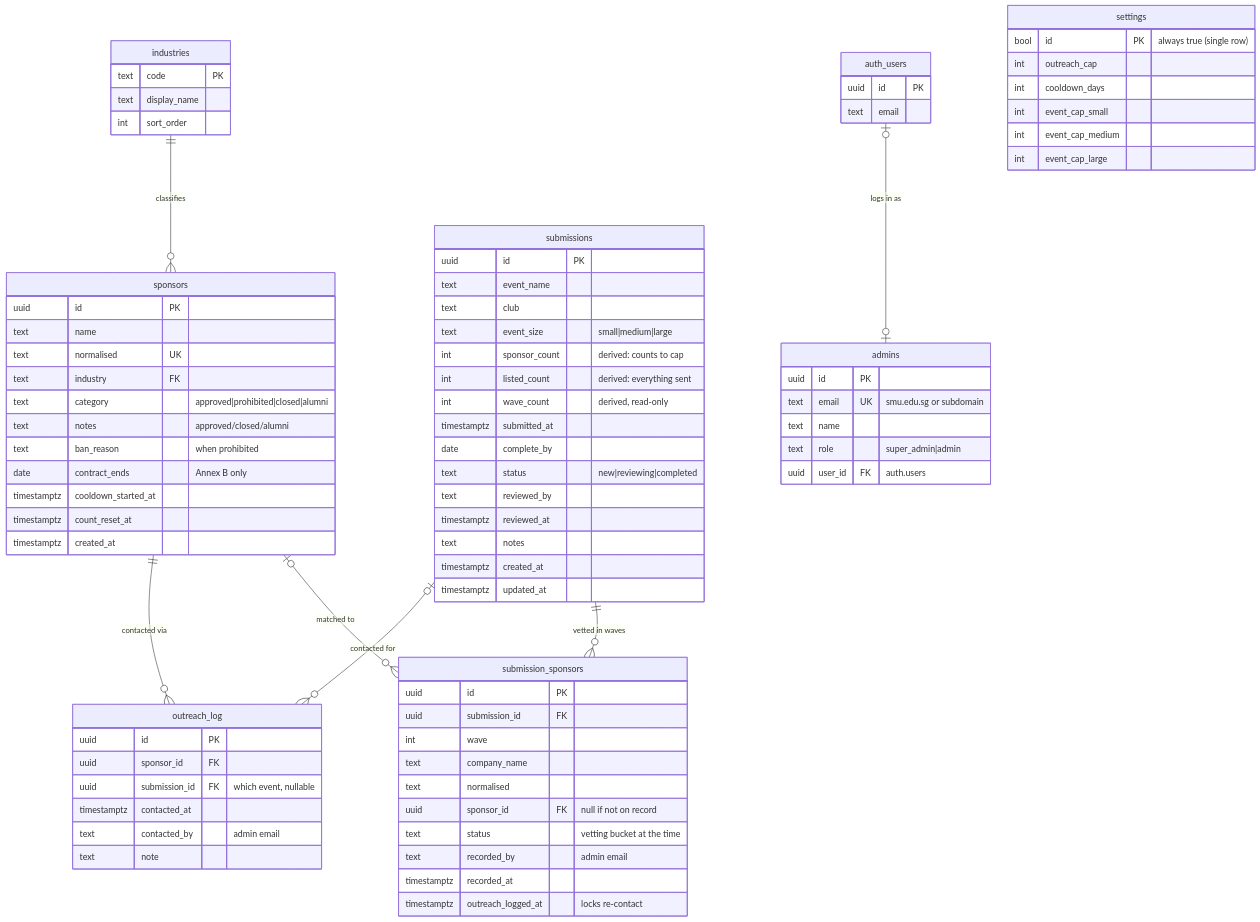
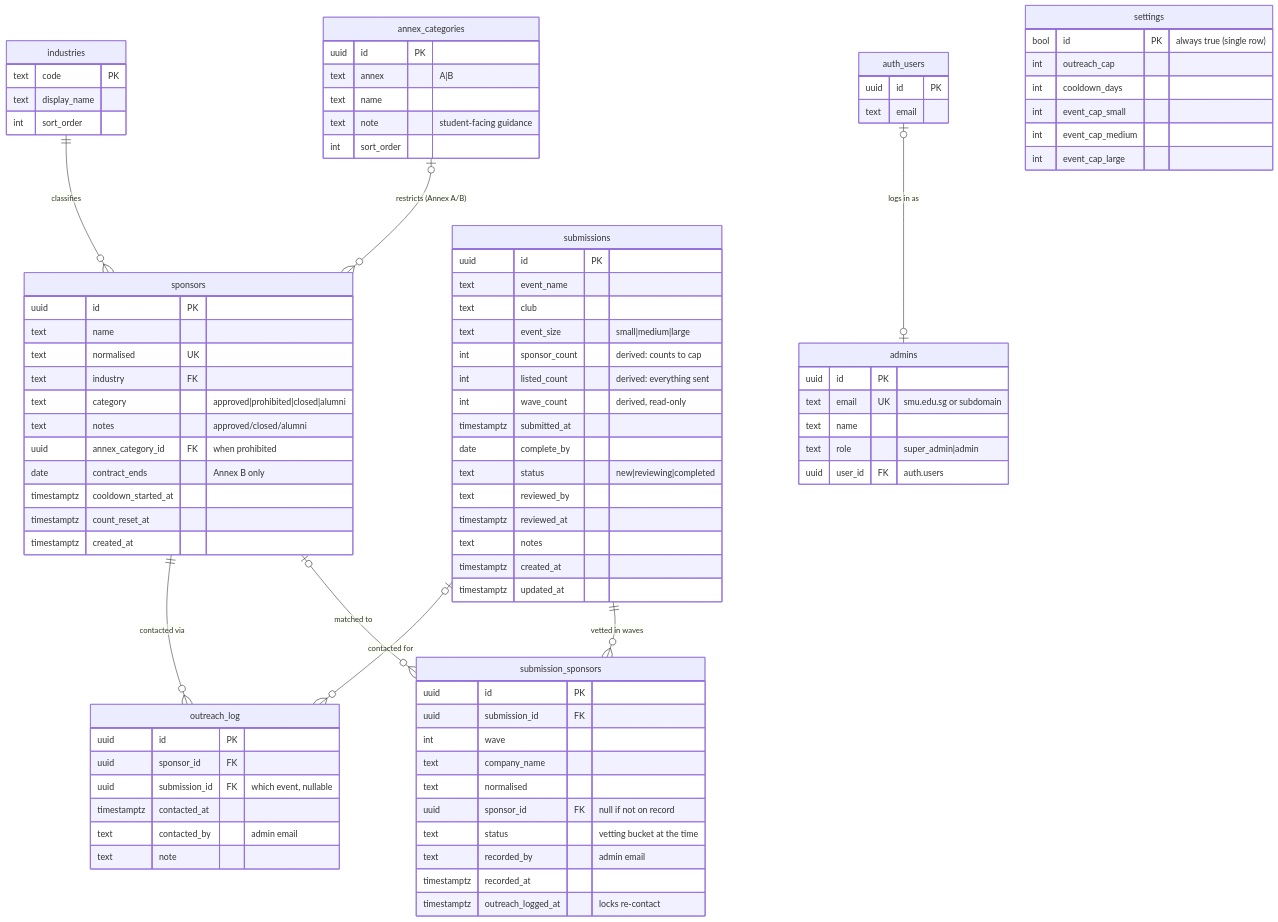
The diagram in supabase/DATABASE_GUIDE.md (triciaaleee/BIZCOM-SponsorCheck), drawn with Mermaid before and after one commit. The commit also changed other lines of this file and 17 other files, not shown here.

````diff
--- a/supabase/DATABASE_GUIDE.md
+++ b/supabase/DATABASE_GUIDE.md
@@ -217,6 +234,7 @@
 ```mermaid
 erDiagram
     industries  ||--o{ sponsors            : classifies
+    annex_categories |o--o{ sponsors      : "restricts (Annex A/B)"
     sponsors    ||--o{ outreach_log        : "contacted via"
     submissions |o--o{ outreach_log        : "contacted for"
     submissions ||--o{ submission_sponsors : "vetted in waves"
@@ -228,6 +246,13 @@
         text display_name
         int  sort_order
     }
+    annex_categories {
+        uuid id PK
+        text annex "A|B"
+        text name
+        text note "student-facing guidance"
+        int sort_order
+    }
     sponsors {
         uuid id PK
         text name
@@ -235,7 +260,7 @@
         text industry FK
         text category "approved|prohibited|closed|alumni"
         text notes "approved/closed/alumni"
-        text ban_reason "when prohibited"
+        uuid annex_category_id FK "when prohibited"
         date contract_ends "Annex B only"
         timestamptz cooldown_started_at
         timestamptz count_reset_at
````
